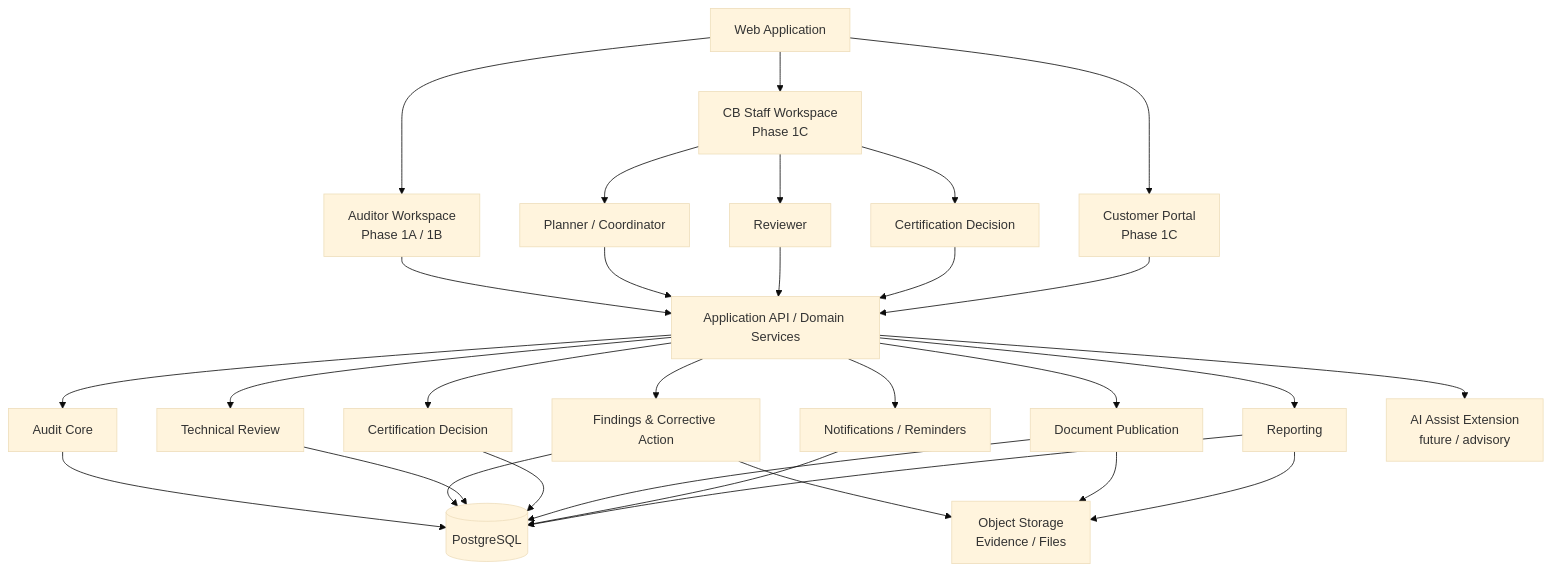
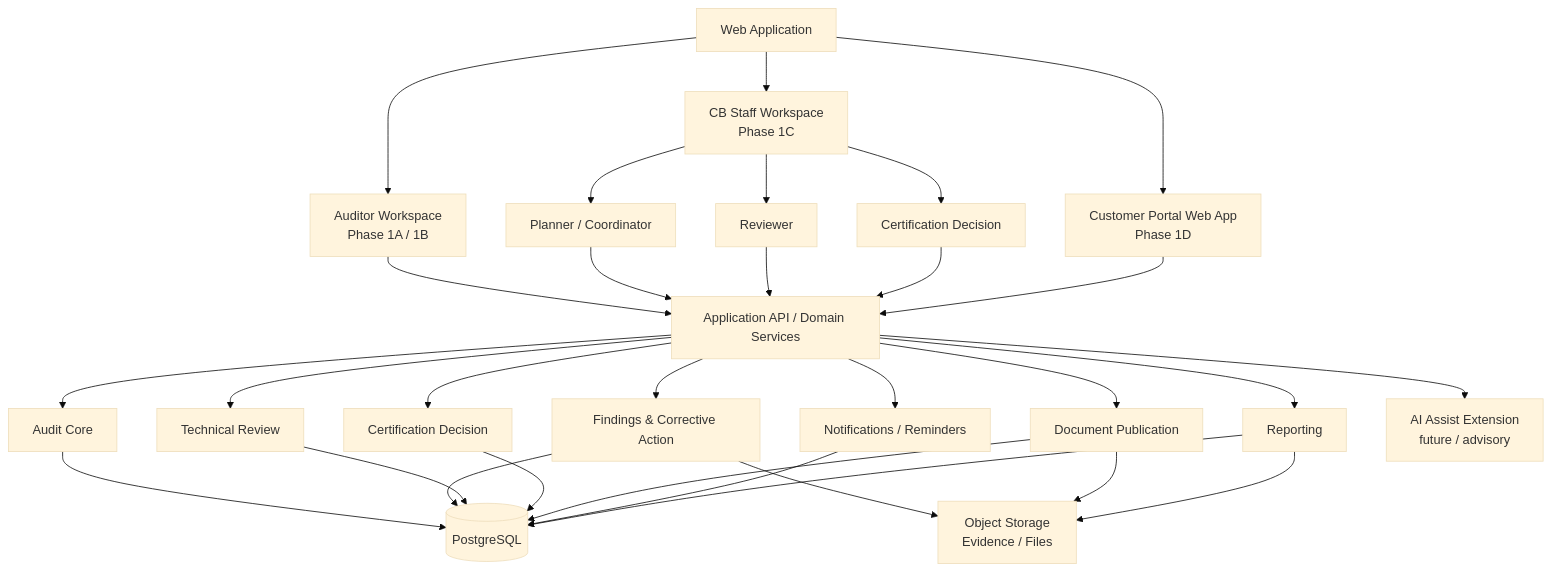
The first of 5 diagrams in README.md (hqc-ai/certification-body-auditor-webapp-community), drawn with Mermaid (base theme) before and after one commit. The commit also changed other lines of this file and 9 other files, not shown here.

Commit message:
Customer Portal Web App

````diff
--- a/README.md
+++ b/README.md
@@ -126,39 +144,39 @@
 ```mermaid
 flowchart TB
     UI["Web Application"]
 
     UI --> AW["Auditor Workspace<br/>Phase 1A / 1B"]
     UI --> CBW["CB Staff Workspace<br/>Phase 1C"]
-    UI --> CP["Customer Portal<br/>Phase 1C"]
+    UI --> CP["Customer Portal Web App<br/>Phase 1D"]
 
     CBW --> PL["Planner / Coordinator"]
     CBW --> RV["Reviewer"]
     CBW --> CD["Certification Decision"]
 
     AW --> API["Application API / Domain Services"]
     PL --> API
     RV --> API
     CD --> API
     CP --> API
 
     API --> AC["Audit Core"]
     API --> FD["Findings & Corrective Action"]
     API --> REV["Technical Review"]
     API --> DEC["Certification Decision"]
     API --> PUB["Document Publication"]
     API --> NTF["Notifications / Reminders"]
     API --> REP["Reporting"]
     API --> AI["AI Assist Extension<br/>future / advisory"]
 
     AC --> DB[(PostgreSQL)]
     FD --> DB
     REV --> DB
     DEC --> DB
     PUB --> DB
     NTF --> DB
     REP --> DB
 
     FD --> OBJ["Object Storage<br/>Evidence / Files"]
     PUB --> OBJ
     REP --> OBJ
 ```
````
